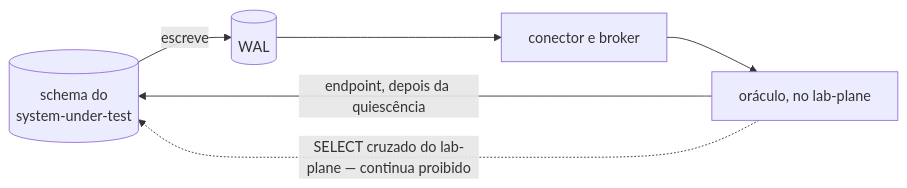
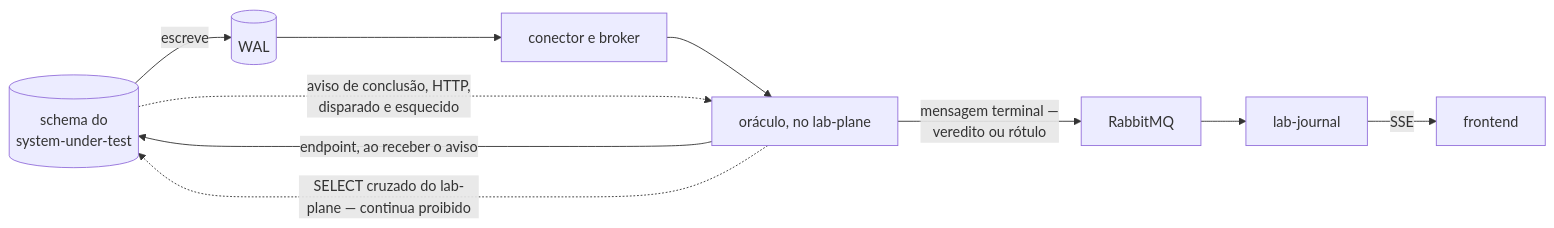
One commit to da0hn/distributed-systems-experiment-lab changed the second of 2 diagrams in docs/features/deteccao-de-divergencia-entre-fontes/feature-card.md. Above: the diagram before and after it, drawn with Mermaid. The commit also changed other lines of this file and 3 other files, not shown here.

````diff
--- a/docs/features/deteccao-de-divergencia-entre-fontes/feature-card.md
+++ b/docs/features/deteccao-de-divergencia-entre-fontes/feature-card.md
@@ -108,10 +127,15 @@
 ```mermaid
 flowchart LR
     SUT[("schema do<br/>system-under-test")]
     W[("WAL")]
     T["conector e broker"]
     OR["oráculo, no lab-plane"]
+    RB["RabbitMQ"]
+    LJ["lab-journal"]
+    FE["frontend"]
     SUT -->|" escreve "| W --> T --> OR
-    OR -->|" endpoint, depois da quiescência "| SUT
+    SUT -.->|" aviso de conclusão, HTTP,<br/>disparado e esquecido "| OR
+    OR -->|" endpoint, ao receber o aviso "| SUT
     OR -.->|" SELECT cruzado do lab-plane — continua proibido "| SUT
+    OR -->|" mensagem terminal —<br/>veredito ou rótulo "| RB --> LJ -->|" SSE "| FE
 ```
````
